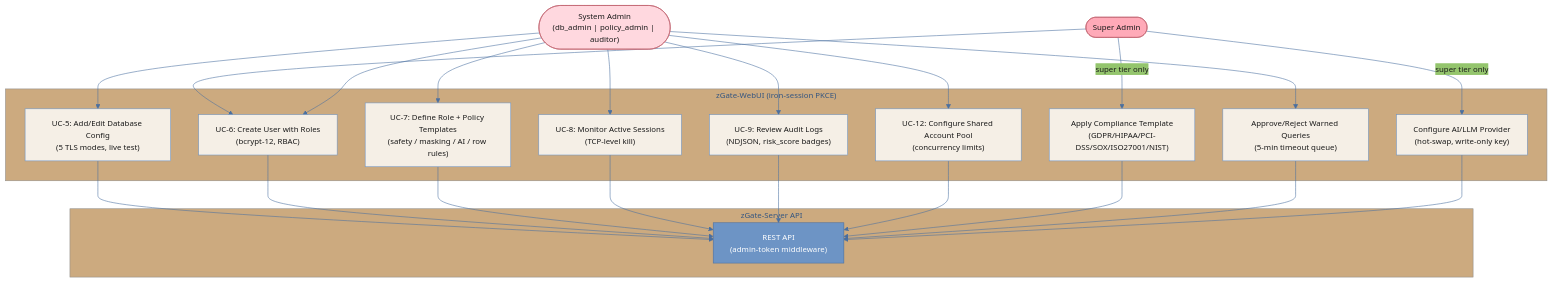
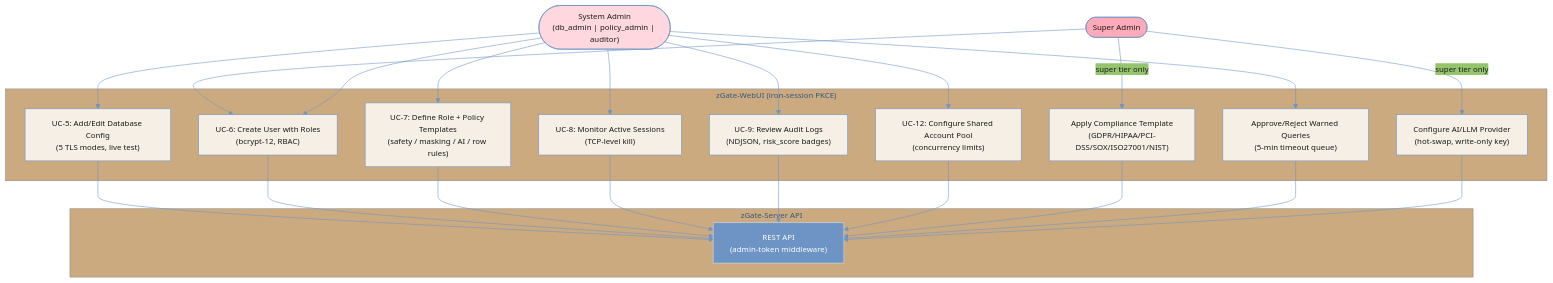
Before and after one commit to lll-michael-lll/Graduation-Project-Documentation: the diagram in diagrams/fig4_3_admin.mmd, drawn with Mermaid. The commit also changed 28 other files, not shown here.

```diff
--- a/diagrams/fig4_3_admin.mmd
+++ b/diagrams/fig4_3_admin.mmd
@@ -1,56 +1,56 @@
 %%{init: {
   "theme": "base",
   "themeVariables": {
     "primaryColor": "#6D94C5",
     "primaryTextColor": "#1a1a1a",
-    "primaryBorderColor": "#4a6fa0",
-    "lineColor": "#4a6fa0",
+    "primaryBorderColor": "#6D94C5",
+    "lineColor": "#6D94C5",
     "fontFamily": "Liberation Sans, Arial, sans-serif",
     "fontSize": "14px"
   }
 }}%%
 flowchart TD
-    classDef actor   fill:#FFD8DF,stroke:#c0626e,color:#1a1a1a
+    classDef actor   fill:#FFD8DF,stroke:#6D94C5,color:#1a1a1a
     classDef usecase fill:#F5EFE6,stroke:#6D94C5,color:#1a1a1a
-    classDef super   fill:#FFAAB8,stroke:#c0626e,color:#1a1a1a
-    classDef server  fill:#6D94C5,stroke:#4a6fa0,color:#fff
+    classDef super   fill:#FFAAB8,stroke:#6D94C5,color:#1a1a1a
+    classDef server  fill:#6D94C5,stroke:#CBDCEB,color:#fff
 
     SYS_ADMIN(["System Admin\n(db_admin | policy_admin | auditor)"]):::actor
     SUPER_ADMIN(["Super Admin"]):::super
 
     subgraph WEBUI ["zGate-WebUI (iron-session PKCE)"]
         UC5["UC-5: Add/Edit Database Config\n(5 TLS modes, live test)"]:::usecase
         UC6["UC-6: Create User with Roles\n(bcrypt-12, RBAC)"]:::usecase
         UC7["UC-7: Define Role + Policy Templates\n(safety / masking / AI / row rules)"]:::usecase
         UC8["UC-8: Monitor Active Sessions\n(TCP-level kill)"]:::usecase
         UC9["UC-9: Review Audit Logs\n(NDJSON, risk_score badges)"]:::usecase
         UC12["UC-12: Configure Shared Account Pool\n(concurrency limits)"]:::usecase
         UC_COMP["Apply Compliance Template\n(GDPR/HIPAA/PCI-DSS/SOX/ISO27001/NIST)"]:::usecase
         UC_WARN["Approve/Reject Warned Queries\n(5-min timeout queue)"]:::usecase
         UC_AI["Configure AI/LLM Provider\n(hot-swap, write-only key)"]:::usecase
     end
 
     subgraph SERVER ["zGate-Server API"]
         SRV["REST API\n(admin-token middleware)"]:::server
     end
 
     SUPER_ADMIN -->|"super tier only"| UC_COMP
     SUPER_ADMIN -->|"super tier only"| UC_AI
     SUPER_ADMIN --> UC6
     SYS_ADMIN --> UC5
     SYS_ADMIN --> UC6
     SYS_ADMIN --> UC7
     SYS_ADMIN --> UC8
     SYS_ADMIN --> UC9
     SYS_ADMIN --> UC12
     SYS_ADMIN --> UC_WARN
 
     UC5 --> SRV
     UC6 --> SRV
     UC7 --> SRV
     UC8 --> SRV
     UC9 --> SRV
     UC12 --> SRV
     UC_COMP --> SRV
     UC_WARN --> SRV
     UC_AI --> SRV
```
